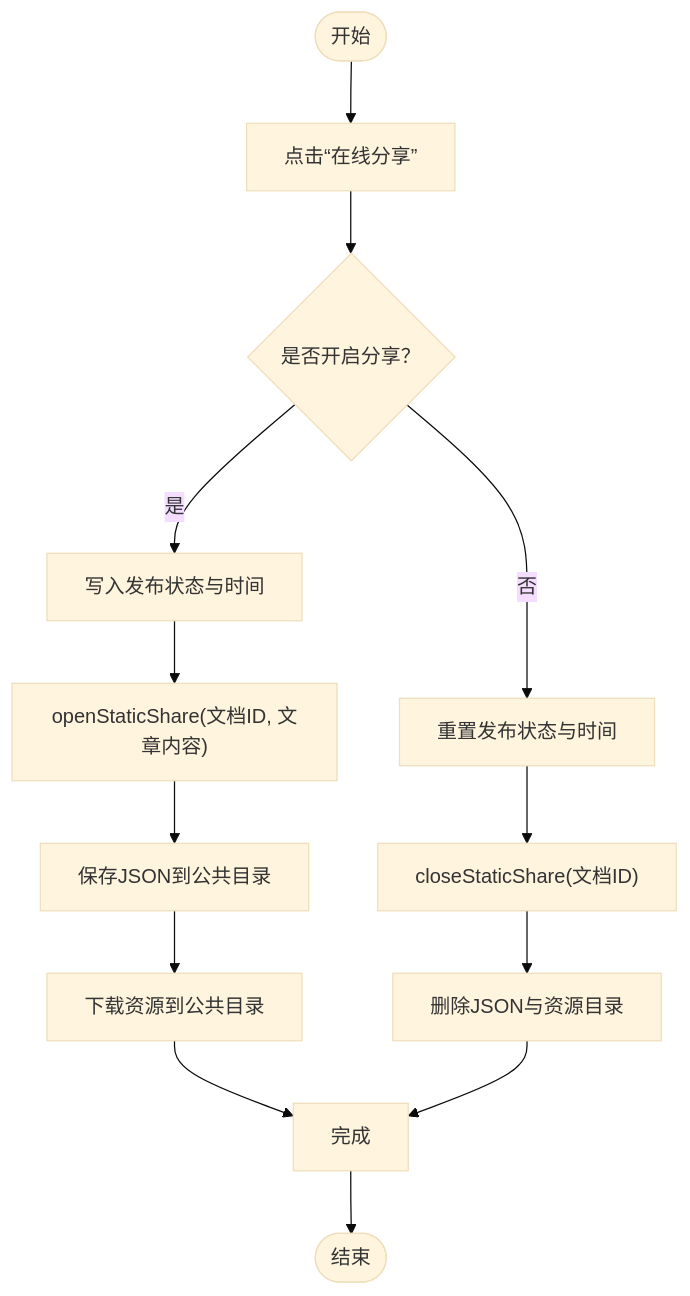
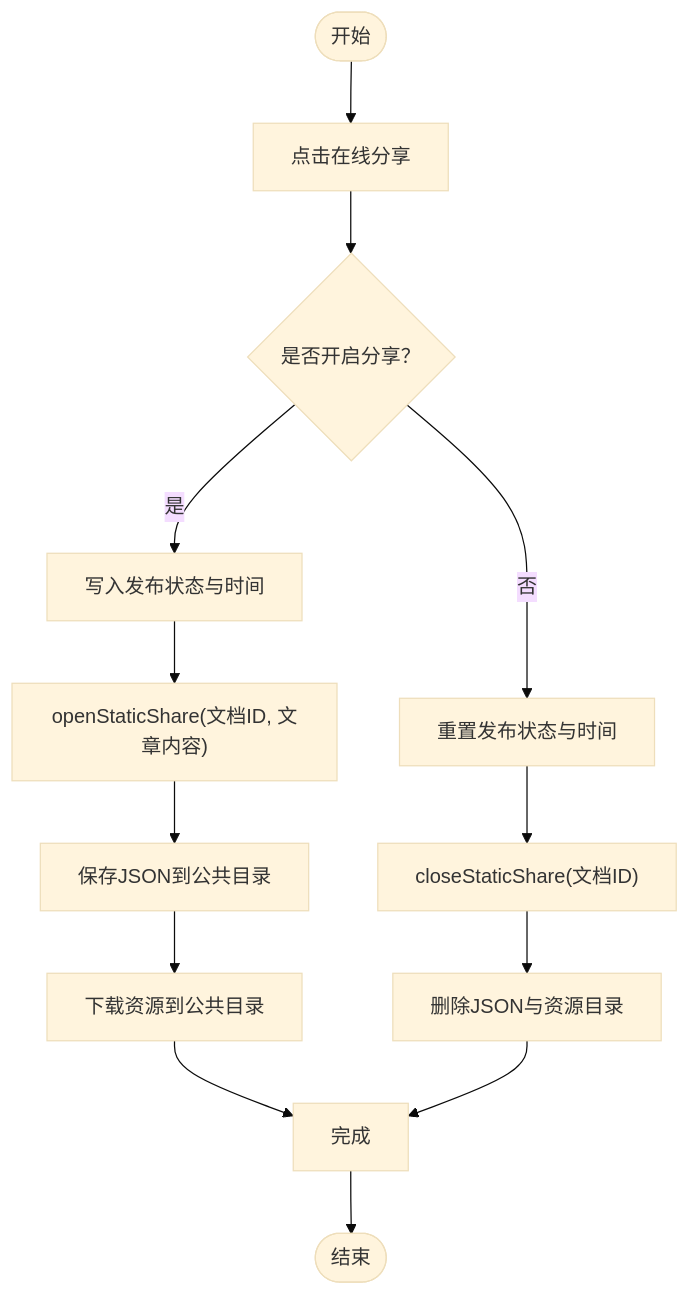
One commit to terwer/siyuan-plugin-blog changed the third of 9 diagrams in .qoder/repowiki/zh/content/核心功能/核心功能.md. Above: the diagram before and after it, drawn with Mermaid (base theme). The commit also changed other lines of this file and 20 other files, not shown here.

````diff
--- a/.qoder/repowiki/zh/content/核心功能/核心功能.md
+++ b/.qoder/repowiki/zh/content/核心功能/核心功能.md
@@ -146,15 +196,15 @@
 ```mermaid
 flowchart TD
-Start(["开始"]) --> Toggle["点击“在线分享”"]
+Start(["开始"]) --> Toggle["点击"在线分享""]
 Toggle --> IsOn{"是否开启分享？"}
 IsOn --> |是| SetAttrs["写入发布状态与时间"]
 SetAttrs --> OpenStatic["openStaticShare(文档ID, 文章内容)"]
 OpenStatic --> SaveJSON["保存JSON到公共目录"]
 SaveJSON --> DownloadAssets["下载资源到公共目录"]
 DownloadAssets --> Done["完成"]
 IsOn --> |否| ResetAttrs["重置发布状态与时间"]
 ResetAttrs --> CloseStatic["closeStaticShare(文档ID)"]
 CloseStatic --> RemoveFiles["删除JSON与资源目录"]
 RemoveFiles --> Done
 Done --> End(["结束"])
 ```
````
